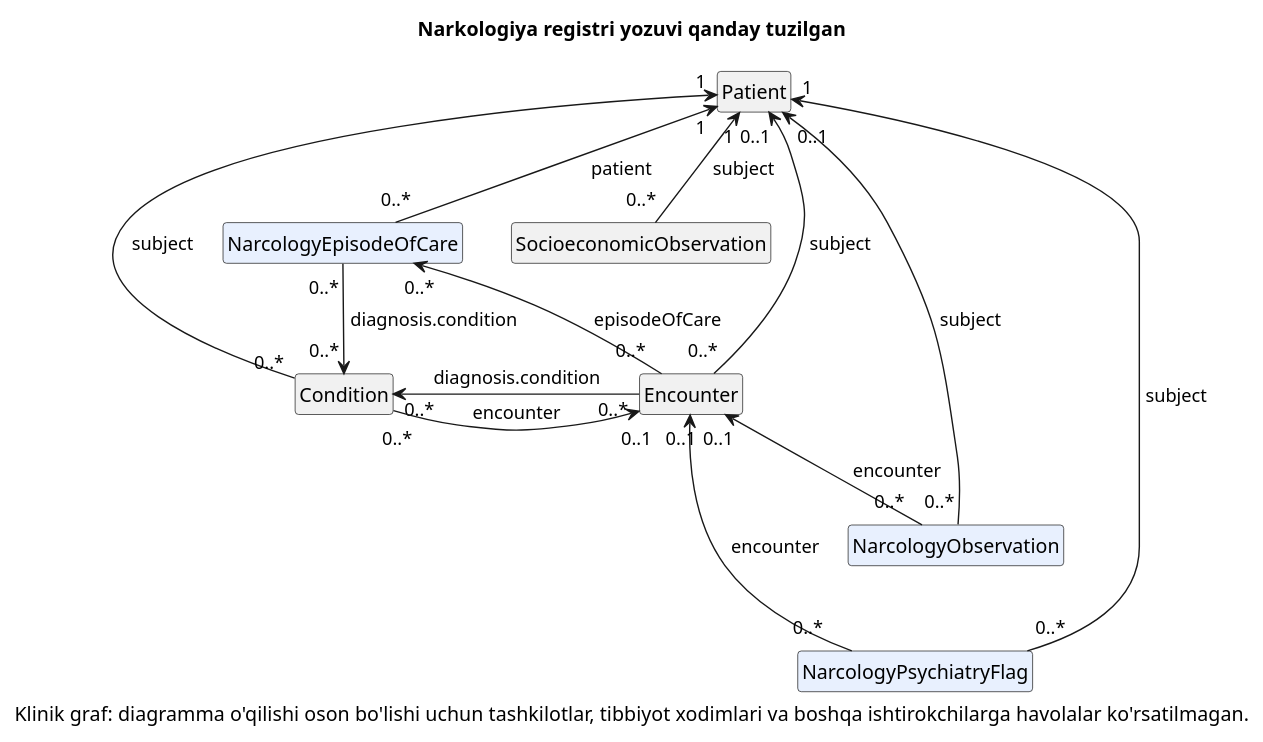
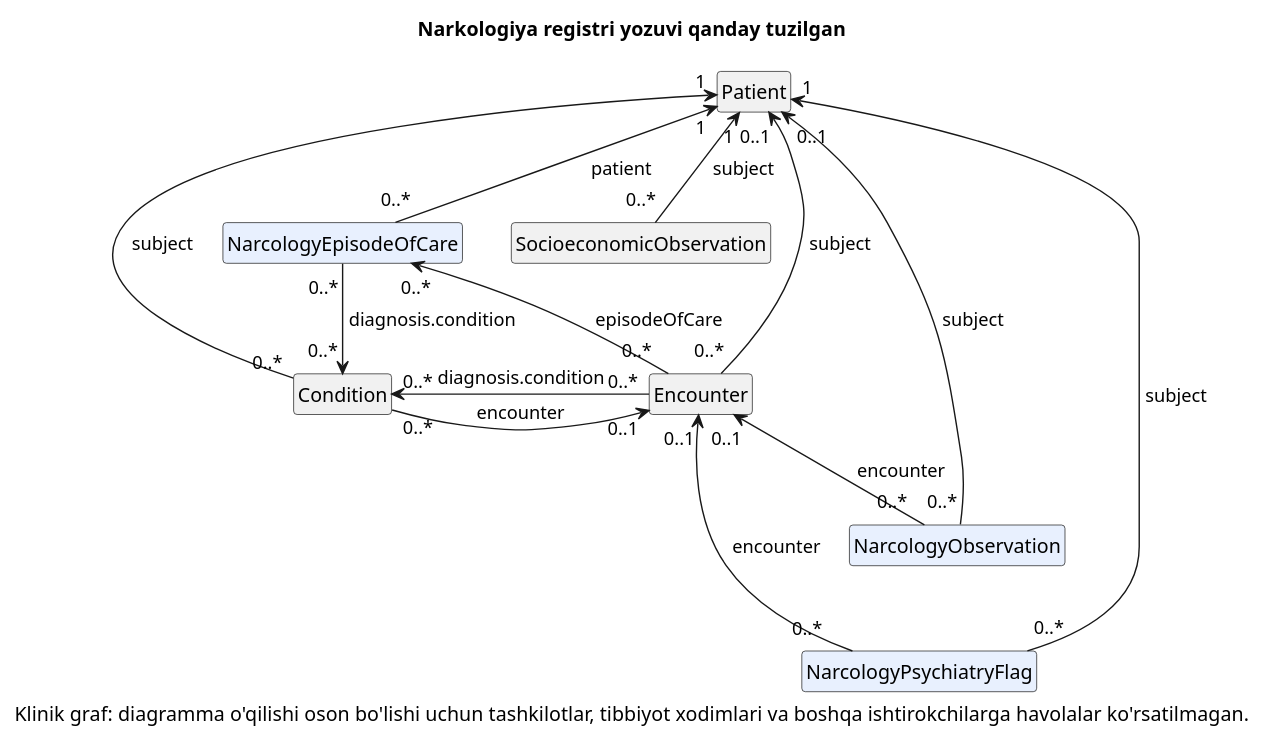
Before and after one commit to uzinfocom-org/digital-health-integration: the diagram in input/images-source/narcology-model-uz.plantuml, drawn with PlantUML. The commit also changed 8 other files, not shown here.

Commit message:
diagrams: unique SVG link ids for paired references (#113)

```diff
--- a/input/images-source/narcology-model-uz.plantuml
+++ b/input/images-source/narcology-model-uz.plantuml
@@ -1,29 +1,30 @@
 @startuml narcology-model-uz
 hide circle
 hide empty members
 title Narkologiya registri yozuvi qanday tuzilgan
 
 class Patient [[https://dhp.uz/fhir/core/StructureDefinition-uz-core-patient.html{UZ Core Patient profilini ochish}]]
 class Encounter [[https://dhp.uz/fhir/core/StructureDefinition-uz-core-encounter.html{UZ Core Encounter profilini ochish}]]
 class Condition [[https://dhp.uz/fhir/core/StructureDefinition-uz-core-condition.html{UZ Core Condition profilini ochish}]]
 class SocioeconomicObservation [[https://dhp.uz/fhir/core/StructureDefinition-uz-core-socioeconomic-observation.html{UZ Core Socioeconomic Observation profilini ochish}]]
 class NarcologyEpisodeOfCare [[StructureDefinition-narcology-episode-of-care.html{NarcologyEpisodeOfCare profilini ochish}]] #E8F0FE
 class NarcologyObservation [[StructureDefinition-narcology-observation.html{NarcologyObservation profilini ochish}]] #E8F0FE
 class NarcologyPsychiatryFlag [[StructureDefinition-narcology-psychiatry-flag.html{NarcologyPsychiatryFlag profilini ochish}]] #E8F0FE
 
 Patient "1" <-- "0..*" NarcologyEpisodeOfCare : « patient »
 Patient "1" <-- "0..*" SocioeconomicObservation : « subject »
 NarcologyEpisodeOfCare "0..*" --> "0..*" Condition : « diagnosis.condition »
 NarcologyEpisodeOfCare "0..*" <-- "0..*" Encounter : « episodeOfCare »
 Patient "0..1" <-- "0..*" Encounter : « subject »
 Patient "1" <-- "0..*" Condition : « subject »
 Condition "0..*" <-right- "0..*" Encounter : «  diagnosis.condition  »
-Condition "0..*" -right-> "0..1" Encounter : «   encounter   »
+' norank gives this link its own SVG id; two ranked links between the same classes share one
+Encounter "0..1" <-[norank]- "0..*" Condition : «   encounter   »
 Encounter "0..1" <--- "0..*" NarcologyPsychiatryFlag : « encounter »
 Encounter "0..1" <-- "0..*" NarcologyObservation : « encounter »
 Patient "1" <-- "0..*" NarcologyPsychiatryFlag : « subject »
 Patient "0..1" <-- "0..*" NarcologyObservation : « subject »
 
 caption Klinik graf: diagramma o'qilishi oson bo'lishi uchun tashkilotlar, tibbiyot xodimlari va boshqa ishtirokchilarga havolalar ko'rsatilmagan.
 
 @enduml
```
